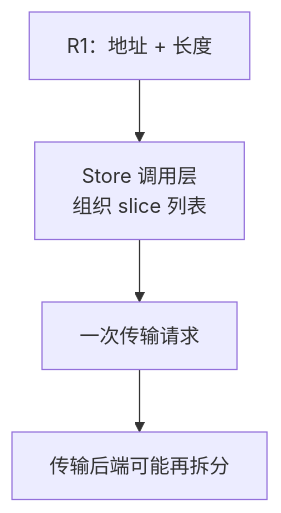
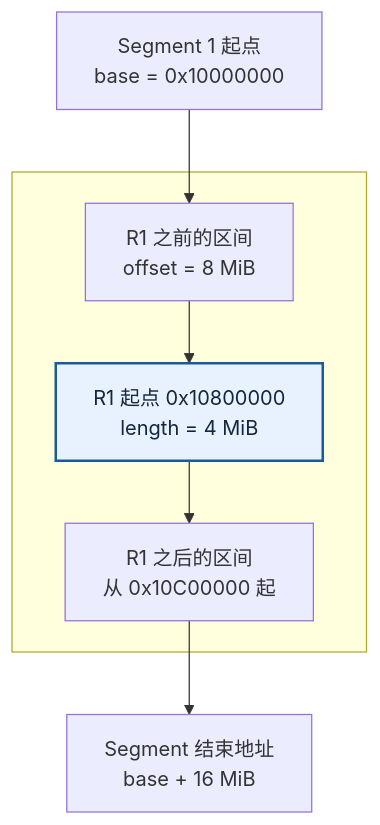
One commit to Hansyangxingxiang/Mooncake changed the second of 2 diagrams in mooncake-kv-cache-series/wechat/02-objects-and-replicas.md. Above: the diagram before and after it, drawn with Mermaid. The commit also changed other lines of this file and 12 other files, not shown here.

````diff
--- a/mooncake-kv-cache-series/wechat/02-objects-and-replicas.md
+++ b/mooncake-kv-cache-series/wechat/02-objects-and-replicas.md
@@ -76,6 +59,14 @@
 ```mermaid
 flowchart TB
-    R1["R1：地址 + 长度"] --> S["Store 调用层<br/>组织 slice 列表"]
-    S --> T["一次传输请求"]
-    T --> P["传输后端可能再拆分"]
+    B["Segment 1 起点<br/>base = 0x10000000"]
+    subgraph S[" "]
+        P["R1 之前的区间<br/>offset = 8 MiB"]
+        R["R1 起点 0x10800000<br/>length = 4 MiB"]
+        Q["R1 之后的区间<br/>从 0x10C00000 起"]
+        P --> R --> Q
+    end
+    E["Segment 结束地址<br/>base + 16 MiB"]
+    B --> P
+    Q --> E
+    style R fill:#e8f2ff,stroke:#175a9e,stroke-width:2px,color:#14263c
 ```
````
